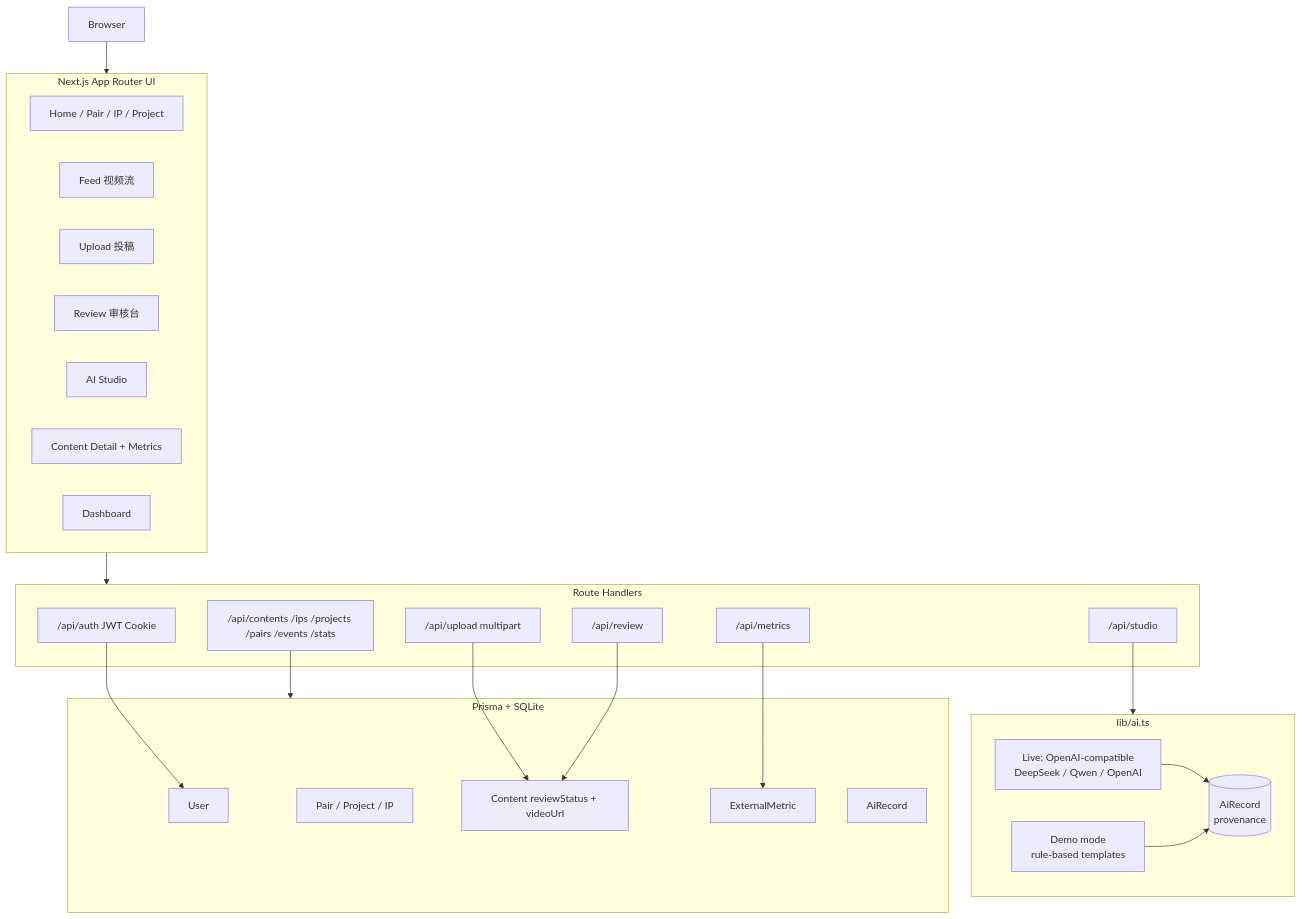
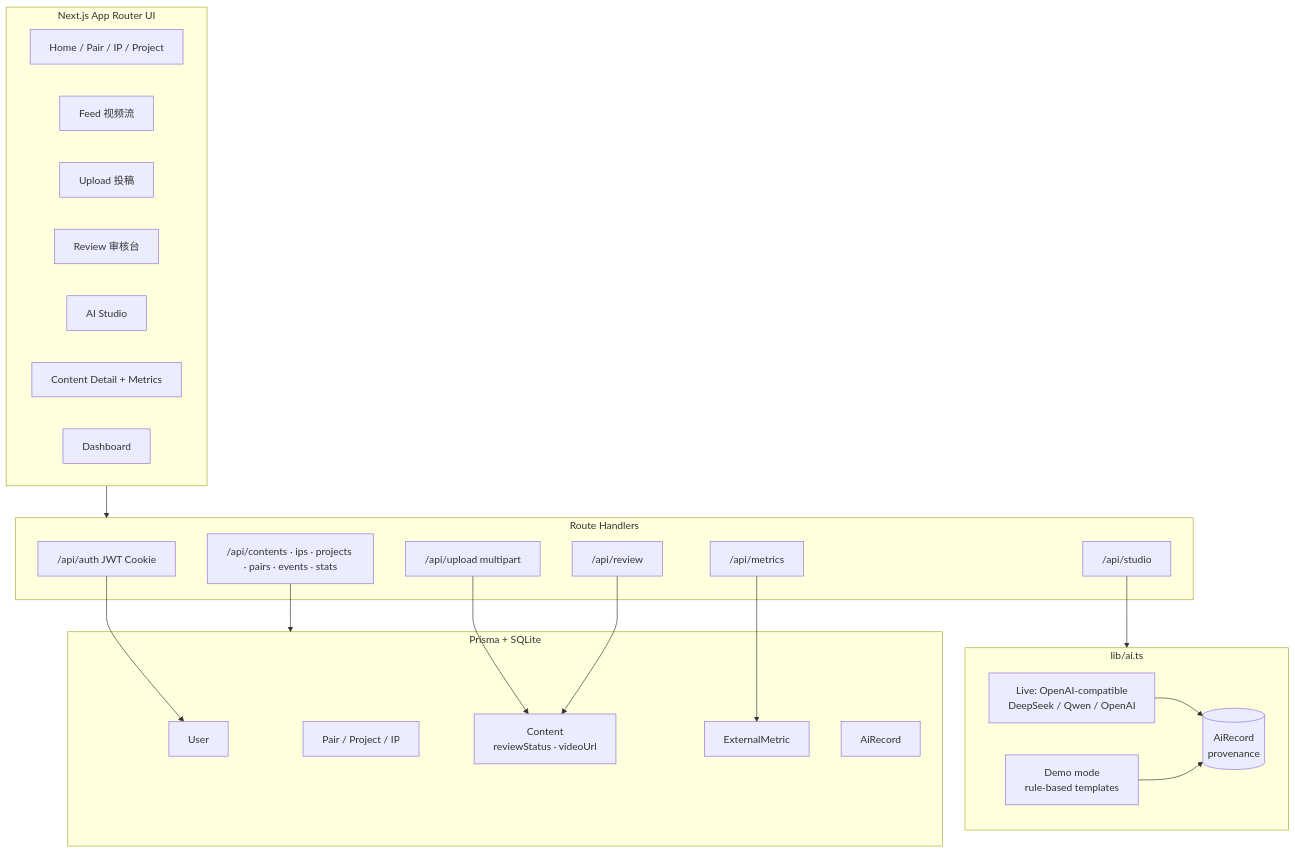
The first of 2 diagrams in README.md (lsfjames/silk-road-echo-intro), drawn with Mermaid before and after one commit. The commit also changed other lines of this file, not shown here.

````diff
--- a/README.md
+++ b/README.md
@@ -43,46 +68,45 @@
 ```mermaid
 flowchart TB
   subgraph Client["Next.js App Router UI"]
     H[Home / Pair / IP / Project]
     F[Feed 视频流]
     U[Upload 投稿]
     R[Review 审核台]
     S[AI Studio]
     C[Content Detail + Metrics]
     D[Dashboard]
   end
 
   subgraph API["Route Handlers"]
     AUTH["/api/auth JWT Cookie"]
     UP["/api/upload multipart"]
     REV["/api/review"]
     STU["/api/studio"]
     MET["/api/metrics"]
-    CNT["/api/contents /ips /projects /pairs /events /stats"]
+    CNT["/api/contents · ips · projects · pairs · events · stats"]
   end
 
   subgraph AI["lib/ai.ts"]
-    LIVE["Live: OpenAI-compatible\nDeepSeek / Qwen / OpenAI"]
-    DEMO["Demo mode\nrule-based templates"]
-    REC[("AiRecord\nprovenance")]
+    LIVE["Live: OpenAI-compatible<br/>DeepSeek / Qwen / OpenAI"]
+    DEMO["Demo mode<br/>rule-based templates"]
+    REC[("AiRecord<br/>provenance")]
   end
 
   subgraph DB["Prisma + SQLite"]
     U2[User]
     P[Pair / Project / IP]
-    CT["Content reviewStatus + videoUrl"]
+    CT["Content<br/>reviewStatus · videoUrl"]
     EX[ExternalMetric]
     AI2[AiRecord]
   end
 
   Client --> API
   AUTH --> U2
   UP --> CT
   REV --> CT
   STU --> AI
   LIVE --> REC
   DEMO --> REC
   MET --> EX
   CNT --> DB
-  UI2[Browser] --> Client
 ```
````
